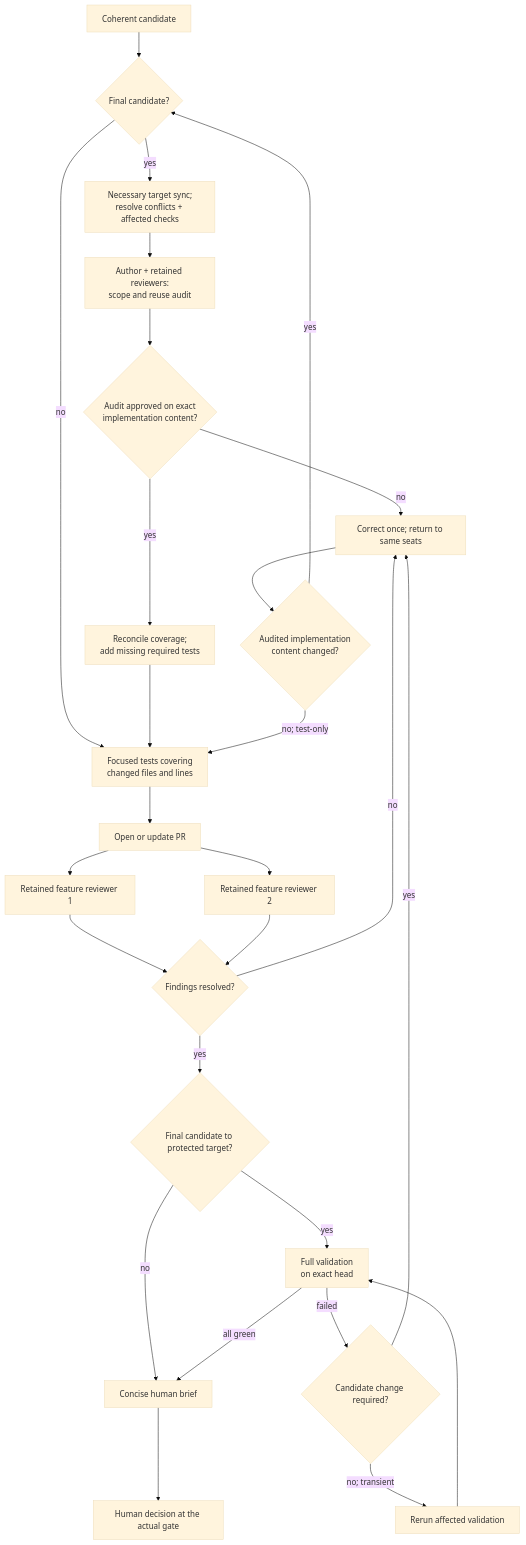
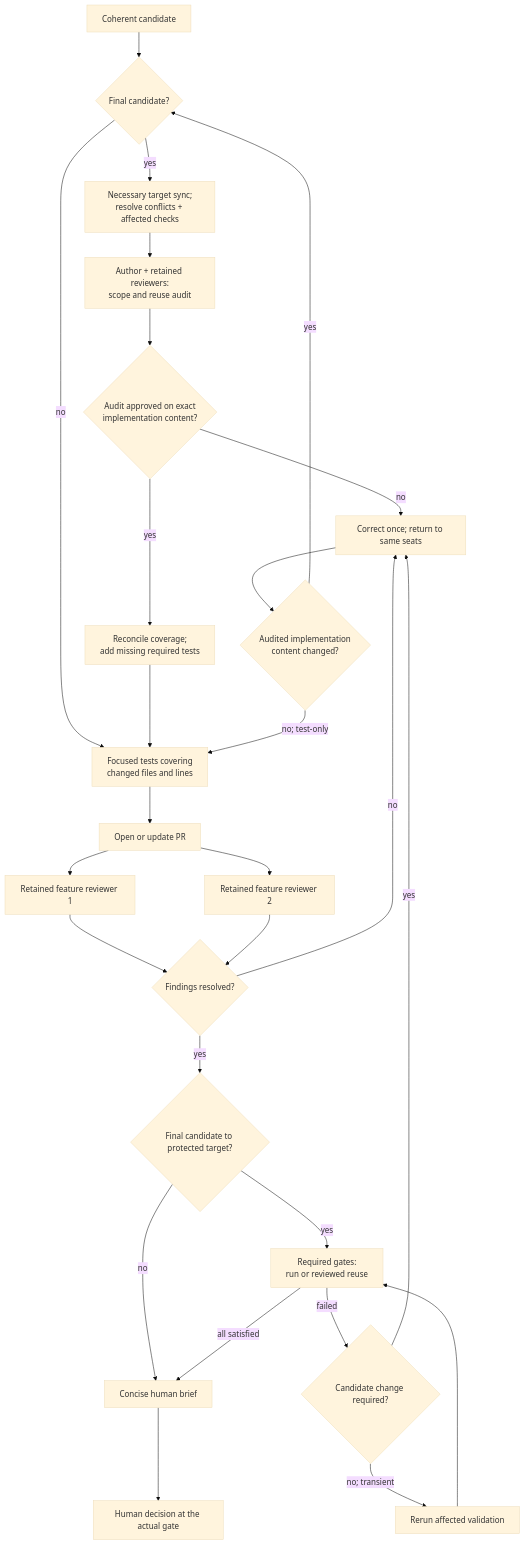
Before and after one commit to hhhhhusky777/spec-driven-delivery-playbook: diagram 11 of 14 in README.md, drawn with Mermaid (base theme). The commit also changed other lines of this file and 5 other files, not shown here.

Commit message:
docs: scope final validation reuse to unchanged gate inputs

````diff
--- a/README.md
+++ b/README.md
@@ -546,29 +546,29 @@
 ```mermaid
 flowchart TD
     C["Coherent candidate"] --> E{"Final candidate?"}
     E -->|"yes"| Y["Necessary target sync;<br/>resolve conflicts + affected checks"]
     Y --> S["Author + retained reviewers:<br/>scope and reuse audit"]
     S --> U{"Audit approved on exact<br/>implementation content?"}
     U -->|"no"| X
     U -->|"yes"| A["Reconcile coverage;<br/>add missing required tests"]
     E -->|"no"| F["Focused tests covering<br/>changed files and lines"]
     A --> F
     F --> P["Open or update PR"]
     P --> R1["Retained feature reviewer 1"]
     P --> R2["Retained feature reviewer 2"]
     R1 --> J{"Findings resolved?"}
     R2 --> J
     J -->|"no"| X["Correct once; return to same seats"]
     X --> I{"Audited implementation<br/>content changed?"}
     I -->|"yes"| E
     I -->|"no; test-only"| F
     J -->|"yes"| G{"Final candidate to protected target?"}
     G -->|"no"| B["Task PR human brief"]
-    G -->|"yes"| V["Full validation<br/>on exact head"]
+    G -->|"yes"| V["Required gates:<br/>run or reviewed reuse"]
     V -->|"failed"| D{"Candidate change required?"}
     D -->|"yes"| X
     D -->|"no; transient"| Q["Rerun affected validation"]
     Q --> V
-    V -->|"all green"| B["Concise human brief"]
+    V -->|"all satisfied"| B["Concise human brief"]
     B --> H["Human decision at the actual gate"]
 ```
````
